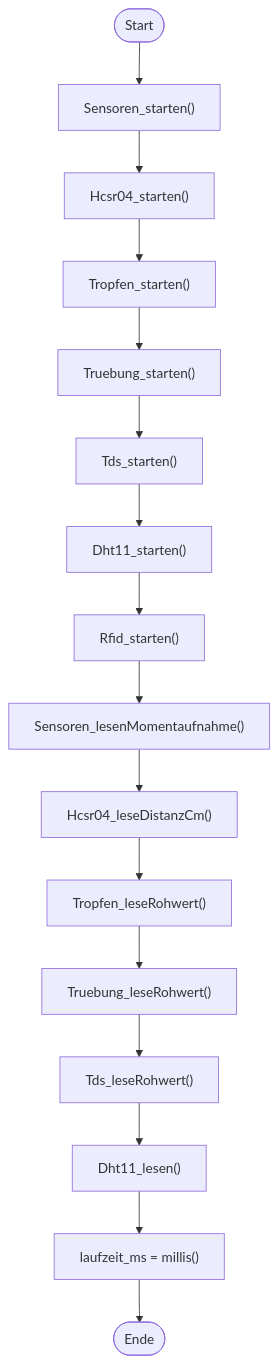
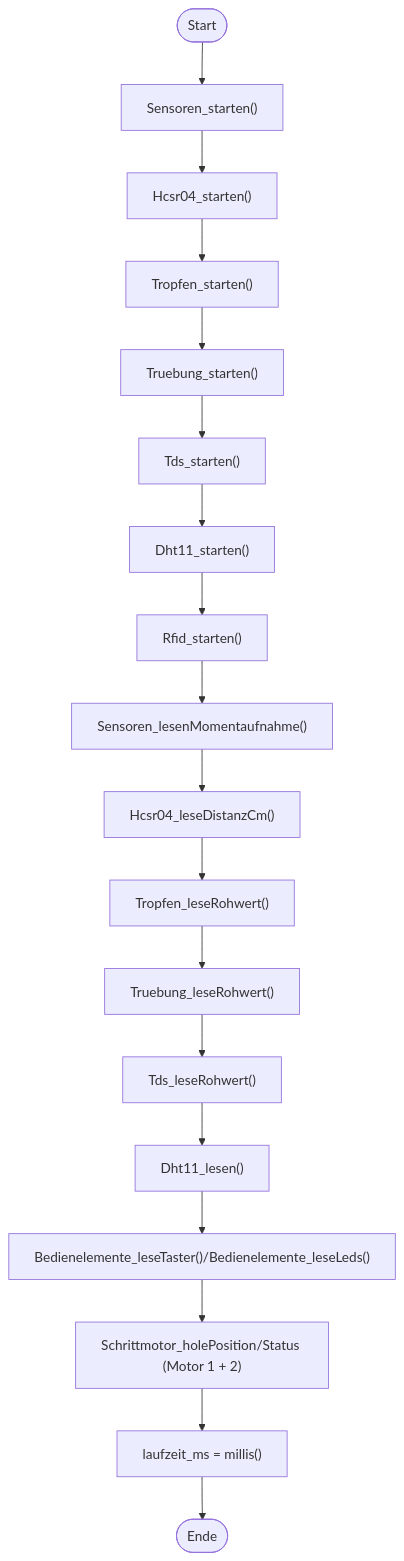
One commit to HerrnDK/Projekt changed diagram 13 of 22 in PROJEKT_ARCHITEKTUR_PLAN.md. Above: the diagram before and after it, drawn with Mermaid. The commit also changed other lines of this file and 15 other files, not shown here.

````diff
--- a/PROJEKT_ARCHITEKTUR_PLAN.md
+++ b/PROJEKT_ARCHITEKTUR_PLAN.md
@@ -241,18 +252,20 @@
 ```mermaid
 flowchart TD
   S([Start]) --> A0["Sensoren_starten()"]
   A0 --> A1["Hcsr04_starten()"]
   A1 --> A2["Tropfen_starten()"]
   A2 --> A3["Truebung_starten()"]
   A3 --> A4["Tds_starten()"]
   A4 --> A5["Dht11_starten()"]
   A5 --> A6["Rfid_starten()"]
   A6 --> B0["Sensoren_lesenMomentaufnahme()"]
   B0 --> B1["Hcsr04_leseDistanzCm()"]
   B1 --> B2["Tropfen_leseRohwert()"]
   B2 --> B3["Truebung_leseRohwert()"]
   B3 --> B4["Tds_leseRohwert()"]
   B4 --> B5["Dht11_lesen()"]
-  B5 --> B6["laufzeit_ms = millis()"]
+  B5 --> B55["Bedienelemente_leseTaster()/Bedienelemente_leseLeds()"]
+  B55 --> B56["Schrittmotor_holePosition/Status (Motor 1 + 2)"]
+  B56 --> B6["laufzeit_ms = millis()"]
   B6 --> E([Ende])
 ```
````
